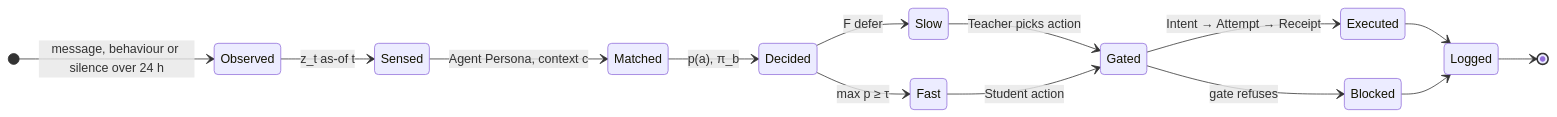
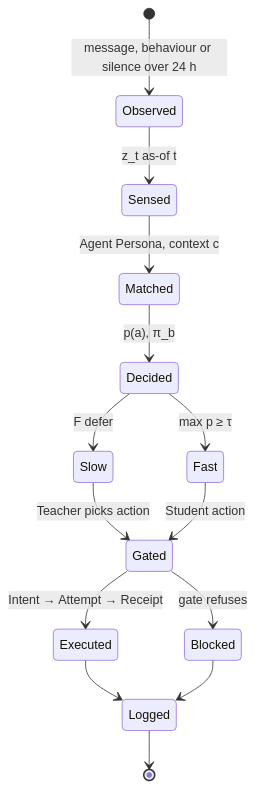
Before and after one commit to LittleA-Agentic-RL-Harness/.github: the diagram in wiki/01-architecture.md, drawn with Mermaid.

Commit message:
docs(wiki): lay out the decision-moment state diagram top to bottom

```diff
--- a/wiki/01-architecture.md
+++ b/wiki/01-architecture.md
@@ -43,17 +43,16 @@
 ~~~mermaid
 stateDiagram-v2
-    direction LR
     [*] --> Observed: message, behaviour or silence over 24 h
     Observed --> Sensed: z_t as-of t
     Sensed --> Matched: Agent Persona, context c
     Matched --> Decided: p(a), π_b
     Decided --> Fast: max p ≥ τ
     Decided --> Slow: F defer
     Slow --> Gated: Teacher picks action
     Fast --> Gated: Student action
     Gated --> Executed: Intent → Attempt → Receipt
     Gated --> Blocked: gate refuses
     Executed --> Logged
     Blocked --> Logged
     Logged --> [*]
 ~~~
```
